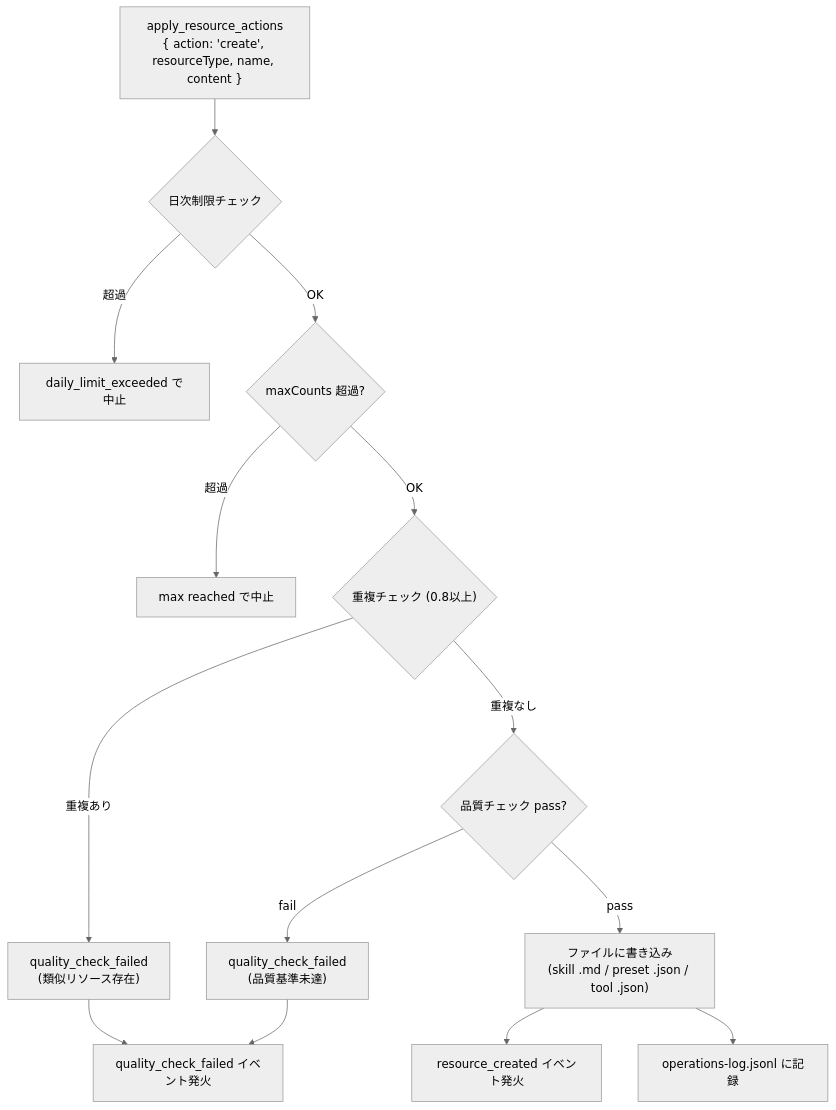
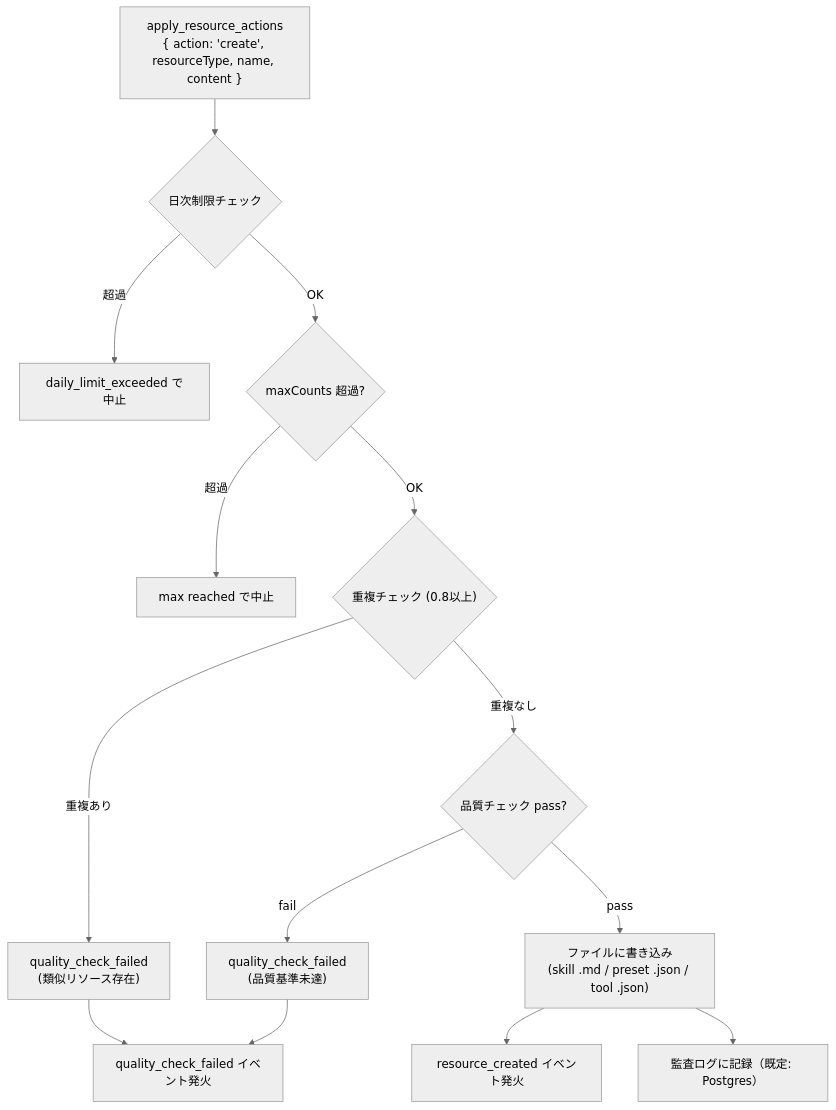
The sixth of 8 diagrams in docs/system-architecture-with-uml.md (haruki10041999/SALESFORCE-AI-COMPANY), drawn with Mermaid (neutral theme) before and after one commit. The commit also changed other lines of this file and 155 other files, not shown here.

````diff
--- a/docs/system-architecture-with-uml.md
+++ b/docs/system-architecture-with-uml.md
@@ -199,17 +197,17 @@
 ```mermaid
 flowchart TD
     INPUT["apply_resource_actions\n{ action: 'create', resourceType, name, content }"]
     INPUT --> LIMIT{"日次制限チェック"}
     LIMIT -- 超過 --> ERR1["daily_limit_exceeded で中止"]
     LIMIT -- OK --> MAXCHECK{"maxCounts 超過?"}
     MAXCHECK -- 超過 --> ERR2["max reached で中止"]
     MAXCHECK -- OK --> DUP{"重複チェック (0.8以上)"}
     DUP -- 重複あり --> ERR3["quality_check_failed\n(類似リソース存在)"]
     DUP -- 重複なし --> QUAL{"品質チェック pass?"}
     QUAL -- fail --> ERR4["quality_check_failed\n(品質基準未達)"]
     QUAL -- pass --> WRITE["ファイルに書き込み\n(skill .md / preset .json / tool .json)"]
     WRITE --> EVT1["resource_created イベント発火"]
-    WRITE --> LOG["operations-log.jsonl に記録"]
+    WRITE --> LOG["監査ログに記録（既定: Postgres）"]
     ERR3 --> EVT2["quality_check_failed イベント発火"]
     ERR4 --> EVT2
 ```
````
